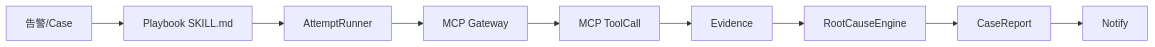
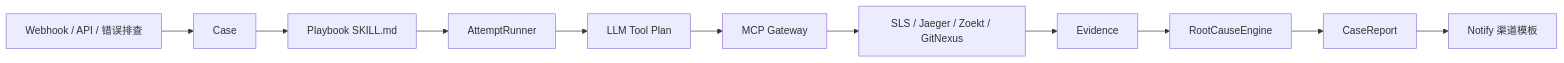
Before and after one commit to iceycn/root-seeker-v2: the diagram in README.md, drawn with Mermaid. The commit also changed other lines of this file, not shown here.

Commit message:
docs(readme): refresh how-it-works for Agent playbook path
Describe AttemptRunner, tool planning, and post-report notify instead of the removed YAML stepper.

````diff
--- a/README.md
+++ b/README.md
@@ -85,11 +89,13 @@
 ```mermaid
 flowchart LR
-  A[告警/Case] --> B[Playbook SKILL.md]
-  B --> C[AttemptRunner]
-  C --> D[MCP Gateway]
-  D --> E[MCP ToolCall]
-  E --> F[Evidence]
-  F --> G[RootCauseEngine]
-  G --> H[CaseReport]
-  H --> I[Notify]
+  A[Webhook / API / 错误排查] --> B[Case]
+  B --> C[Playbook SKILL.md]
+  C --> D[AttemptRunner]
+  D --> E[LLM Tool Plan]
+  E --> F[MCP Gateway]
+  F --> G[SLS / Jaeger / Zoekt / GitNexus]
+  G --> H[Evidence]
+  H --> I[RootCauseEngine]
+  I --> J[CaseReport]
+  J --> K[Notify 渠道模板]
 ```
````
